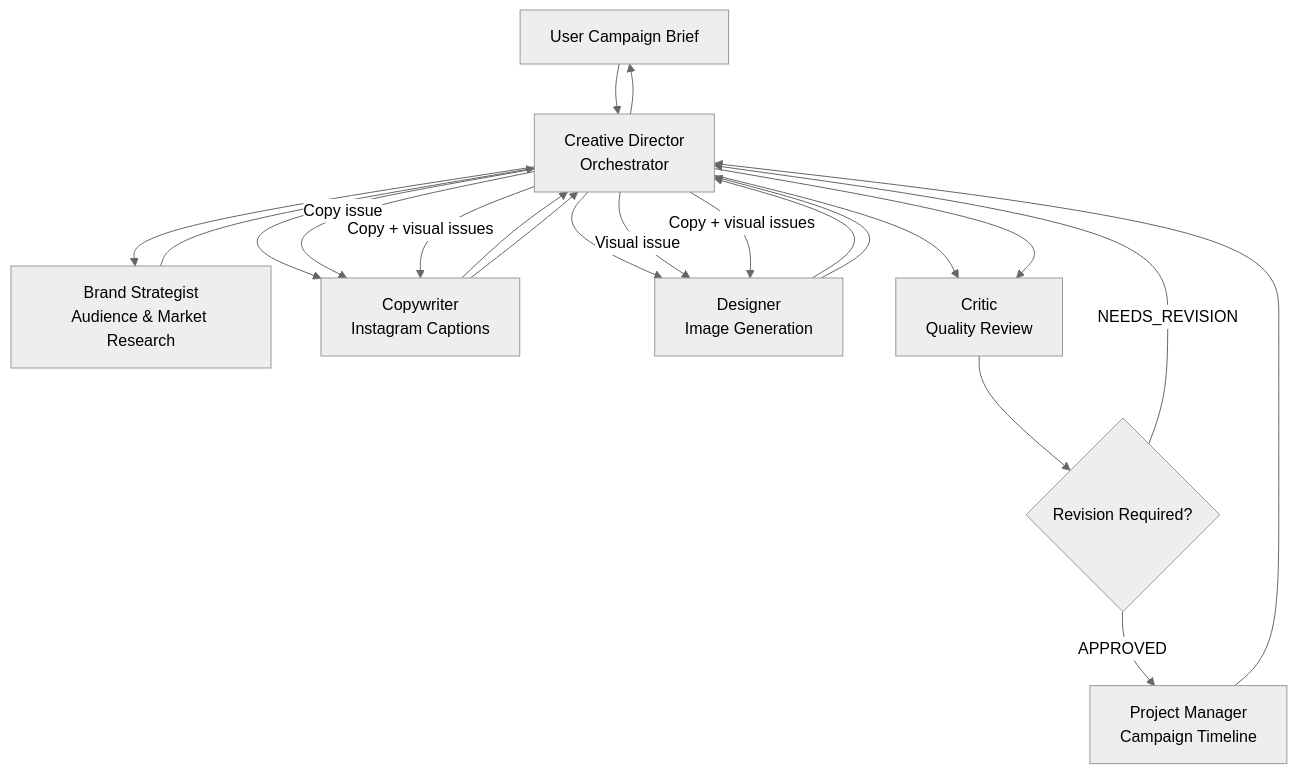
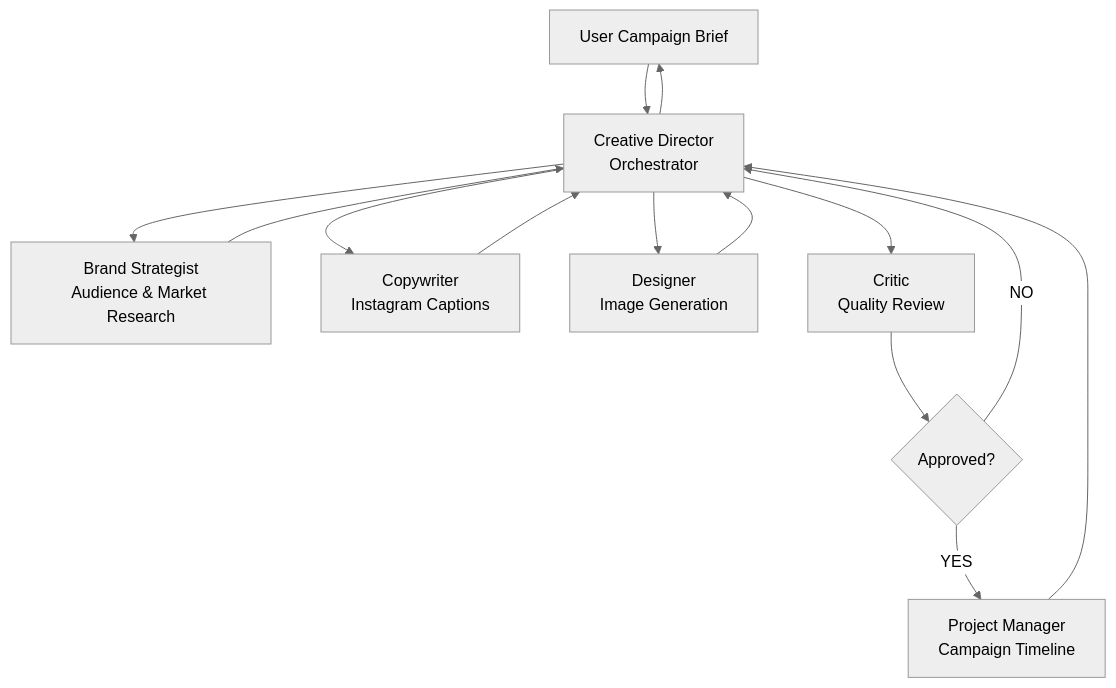
Before and after one commit to rajivverma11/MultiAgentCreativeStudio: the diagram in README.md, drawn with Mermaid (neutral theme). The commit also changed other lines of this file and 9 other files, not shown here.

````diff
--- a/README.md
+++ b/README.md
@@ -75,40 +38,25 @@
-``` mermaid
+```mermaid
 flowchart TD
     USER[User Campaign Brief]
     CD[Creative Director<br/>Orchestrator]
     BS[Brand Strategist<br/>Audience & Market Research]
     CW[Copywriter<br/>Instagram Captions]
     DS[Designer<br/>Image Generation]
     CR[Critic<br/>Quality Review]
-    ROUTE{Revision Required?}
     PM[Project Manager<br/>Campaign Timeline]
+    REV{Approved?}
 
     USER --> CD
-
     CD --> BS
     BS --> CD
-
     CD --> CW
     CW --> CD
-
     CD --> DS
     DS --> CD
-
     CD --> CR
-    CR --> ROUTE
-
-    ROUTE -->|APPROVED| PM
-    ROUTE -->|NEEDS_REVISION| CD
-
-    CD -->|Copy issue| CW
-    CD -->|Visual issue| DS
-    CD -->|Copy + visual issues| CW
-    CD -->|Copy + visual issues| DS
-
-    CW --> CD
-    DS --> CD
-    CD --> CR
-
+    CR --> REV
+    REV -->|YES| PM
+    REV -->|NO| CD
     PM --> CD
     CD --> USER
 ```
````
